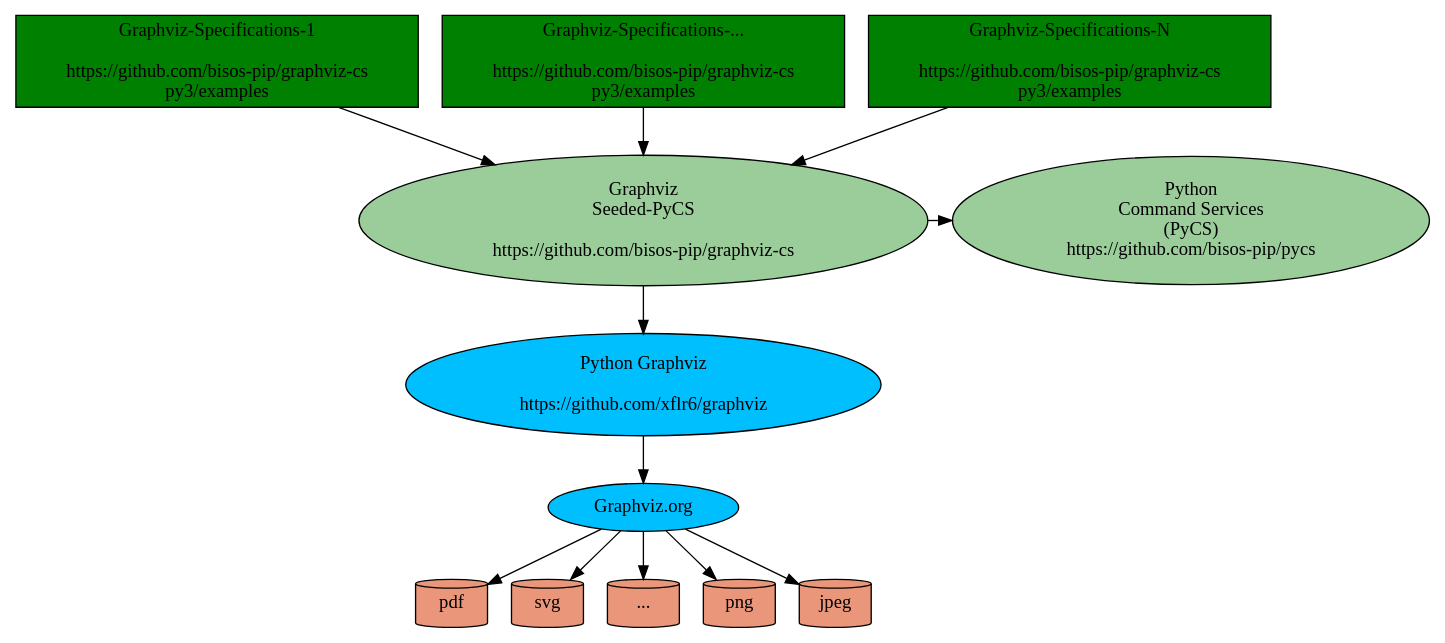
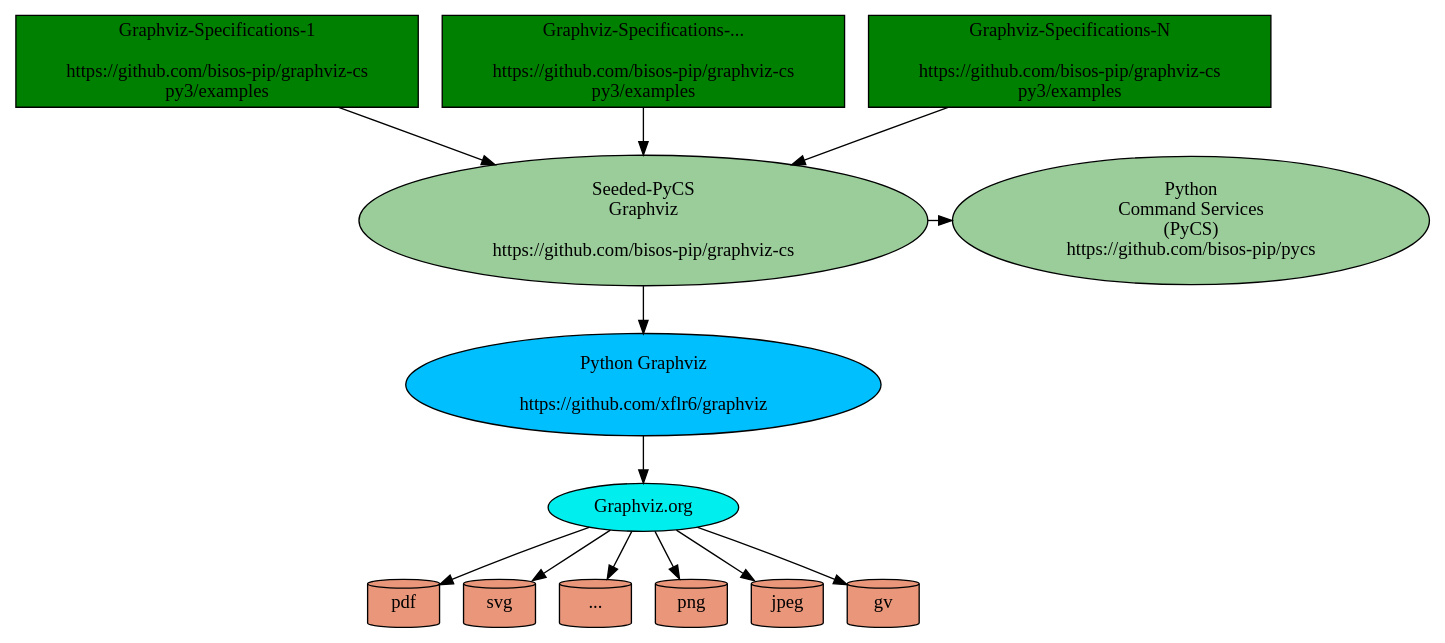
One commit to bisos-pip/graphviz-cs changed the diagram in py3/images/graphvizLayers.gv. Above: the diagram before and after it, drawn with Graphviz. The commit also changed 6 other files, not shown here.

Commit message:
Better readme-graphviz.cs.

```diff
--- a/py3/images/graphvizLayers.gv
+++ b/py3/images/graphvizLayers.gv
@@ -1,127 +1,135 @@
 digraph {
 	graph [bb="0,0,1059.9,458.95"];
 	node [label="\N"];
 	{
 		graph [rank=same];
 		seededCsSpec1	[fillcolor=green,
 			height=0.95833,
 			label="Graphviz-Specifications-1
 
 https://github.com/bisos-pip/graphviz-cs
 py3/examples",
 			pos="151,424.45",
 			shape=rectangle,
 			style=filled,
 			width=4.1944];
 		seededCsSpecDots	[fillcolor=green,
 			height=0.95833,
 			label="Graphviz-Specifications-...
 
 https://github.com/bisos-pip/graphviz-cs
 py3/examples",
 			pos="471,424.45",
 			shape=rectangle,
 			style=filled,
 			width=4.1944];
 		seededCsSpecN	[fillcolor=green,
 			height=0.95833,
 			label="Graphviz-Specifications-N
 
 https://github.com/bisos-pip/graphviz-cs
 py3/examples",
 			pos="791,424.45",
 			shape=rectangle,
 			style=filled,
 			width=4.1944];
 	}
 	{
 		graph [rank=same];
 		graphvizSeed	[fillcolor=darkseagreen3,
 			height=1.3553,
-			label="Graphviz
- Seeded-PyCS
+			label="Seeded-PyCS
+Graphviz
 
 https://github.com/bisos-pip/graphviz-cs",
 			pos="471,305.16",
 			style=filled,
 			width=5.9318];
 		pycs	[fillcolor=darkseagreen3,
 			height=1.3356,
 			label="Python
 Command Services
  (PyCS)
 https://github.com/bisos-pip/pycs",
 			pos="881,305.16",
 			style=filled,
 			width=4.9694];
 	}
 	{
 		graph [rank=same];
 		pyGraphviz	[fillcolor=deepskyblue,
 			height=1.0607,
 			label="Python Graphviz
 
 https://github.com/xflr6/graphviz",
 			pos="471,182.18",
 			style=filled,
 			width=4.9497];
 	}
 	{
 		graph [rank=same];
-		graphviz	[fillcolor=deepskyblue,
+		graphviz	[fillcolor=cyan2,
 			height=0.5,
 			label="Graphviz.org",
 			pos="471,90",
 			style=filled,
 			width=1.9859];
 	}
 	{
 		graph [rank=same];
 		pdf	[fillcolor=darksalmon,
 			height=0.5,
 			label=pdf,
-			pos="327,18",
+			pos="291,18",
 			shape=cylinder,
 			style=filled,
 			width=0.75];
 		svg	[fillcolor=darksalmon,
 			height=0.5,
 			label=svg,
-			pos="399,18",
+			pos="363,18",
 			shape=cylinder,
 			style=filled,
 			width=0.75];
 		etcOutput	[fillcolor=darksalmon,
 			height=0.5,
 			label="...",
-			pos="471,18",
+			pos="435,18",
 			shape=cylinder,
 			style=filled,
 			width=0.75];
 		png	[fillcolor=darksalmon,
 			height=0.5,
 			label=png,
-			pos="543,18",
+			pos="507,18",
 			shape=cylinder,
 			style=filled,
 			width=0.75];
 		jpeg	[fillcolor=darksalmon,
 			height=0.5,
 			label=jpeg,
-			pos="615,18",
+			pos="579,18",
+			shape=cylinder,
+			style=filled,
+			width=0.75];
+		gv	[fillcolor=darksalmon,
+			height=0.5,
+			label=gv,
+			pos="651,18",
 			shape=cylinder,
 			style=filled,
 			width=0.75];
 	}
 	seededCsSpec1 -> graphvizSeed	[pos="e,359.98,346.85 242.7,389.84 276.27,377.53 314.77,363.42 350.48,350.33"];
 	seededCsSpecDots -> graphvizSeed	[pos="e,471,354.19 471,389.84 471,381.86 471,373.12 471,364.39"];
 	seededCsSpecN -> graphvizSeed	[pos="e,582.02,346.85 699.3,389.84 665.73,377.53 627.23,363.42 591.52,350.33"];
 	graphvizSeed -> pycs	[pos="e,702.05,305.16 684.81,305.16 687.14,305.16 689.48,305.16 691.81,305.16"];
 	graphvizSeed -> pyGraphviz	[pos="e,471,220.58 471,256.35 471,247.89 471,239.1 471,230.65"];
 	pyGraphviz -> graphviz	[pos="e,471,108.18 471,143.98 471,135.35 471,126.31 471,118.2"];
-	graphviz -> pdf	[pos="e,354.17,32.206 439.4,73.638 416.99,62.744 386.85,48.096 363.43,36.709"];
-	graphviz -> svg	[pos="e,416.44,35.956 453.94,72.411 444.92,63.648 433.7,52.732 423.74,43.057"];
-	graphviz -> etcOutput	[pos="e,471,36.104 471,71.697 471,63.983 471,54.712 471,46.112"];
-	graphviz -> png	[pos="e,525.56,35.956 488.06,72.411 497.08,63.648 508.3,52.732 518.26,43.057"];
-	graphviz -> jpeg	[pos="e,587.83,32.206 502.6,73.638 525.01,62.744 555.15,48.096 578.57,36.709"];
+	graphviz -> pdf	[pos="e,318.01,32.069 430.28,75.097 403.34,65.653 367.1,52.491 327.36,35.987"];
+	graphviz -> svg	[pos="e,387.66,34.985 446.22,72.941 431.4,63.336 412.39,51.009 396.27,40.565"];
+	graphviz -> etcOutput	[pos="e,443.88,36.275 462.29,72.055 458.15,64.007 453.11,54.205 448.49,45.226"];
+	graphviz -> png	[pos="e,498.12,36.275 479.71,72.055 483.85,64.007 488.89,54.205 493.51,45.226"];
+	graphviz -> jpeg	[pos="e,554.34,34.985 495.78,72.941 510.6,63.336 529.61,51.009 545.73,40.565"];
+	graphviz -> gv	[pos="e,623.99,32.069 511.72,75.097 538.66,65.653 574.9,52.491 614.64,35.987"];
 }
```
